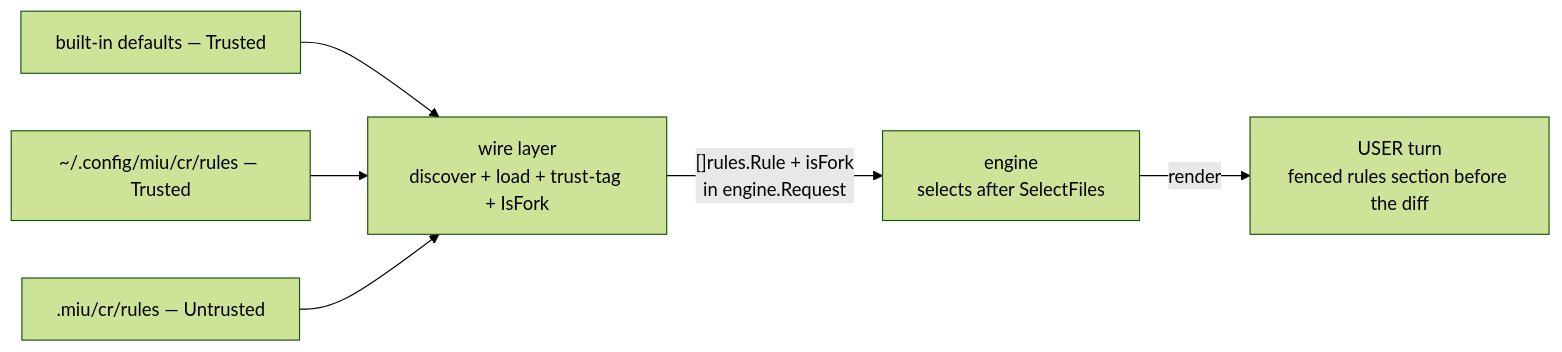
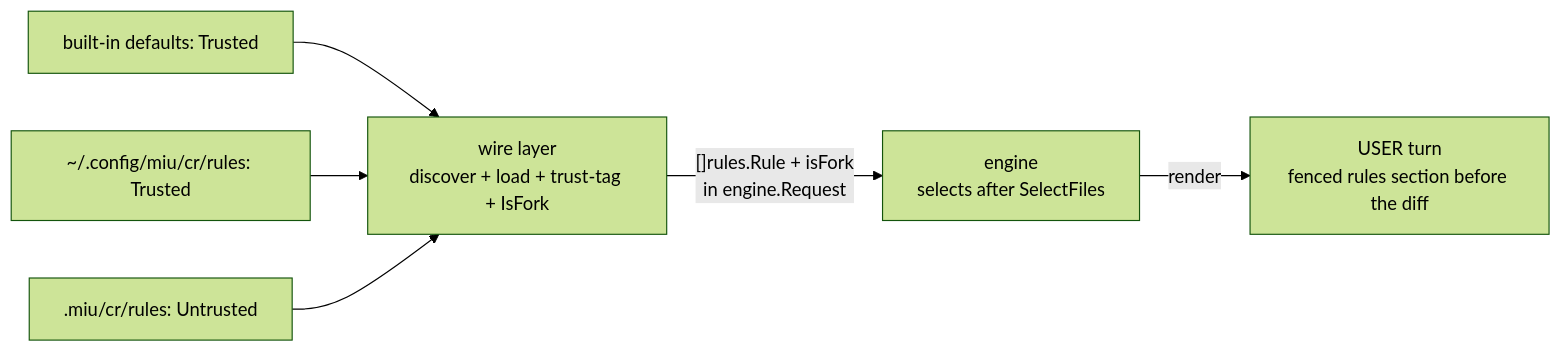
One commit to vanducng/miu-cr changed the third of 10 diagrams in docs/content/architecture.md. Above: the diagram before and after it, drawn with Mermaid (forest theme). The commit also changed other lines of this file and 40 other files, not shown here.

````diff
--- a/docs/content/architecture.md
+++ b/docs/content/architecture.md
@@ -117,8 +117,8 @@
 ```mermaid
 graph LR
     Wire["wire layer<br/>discover + load + trust-tag + IsFork"] -->|"[]rules.Rule + isFork<br/>in engine.Request"| Engine["engine<br/>selects after SelectFiles"]
     Engine -->|"render"| Prompt["USER turn<br/>fenced rules section before the diff"]
-    Defaults["built-in defaults — Trusted"] --> Wire
-    User["~/.config/miu/cr/rules — Trusted"] --> Wire
-    Repo[".miu/cr/rules — Untrusted"] --> Wire
+    Defaults["built-in defaults: Trusted"] --> Wire
+    User["~/.config/miu/cr/rules: Trusted"] --> Wire
+    Repo[".miu/cr/rules: Untrusted"] --> Wire
 ```
````
